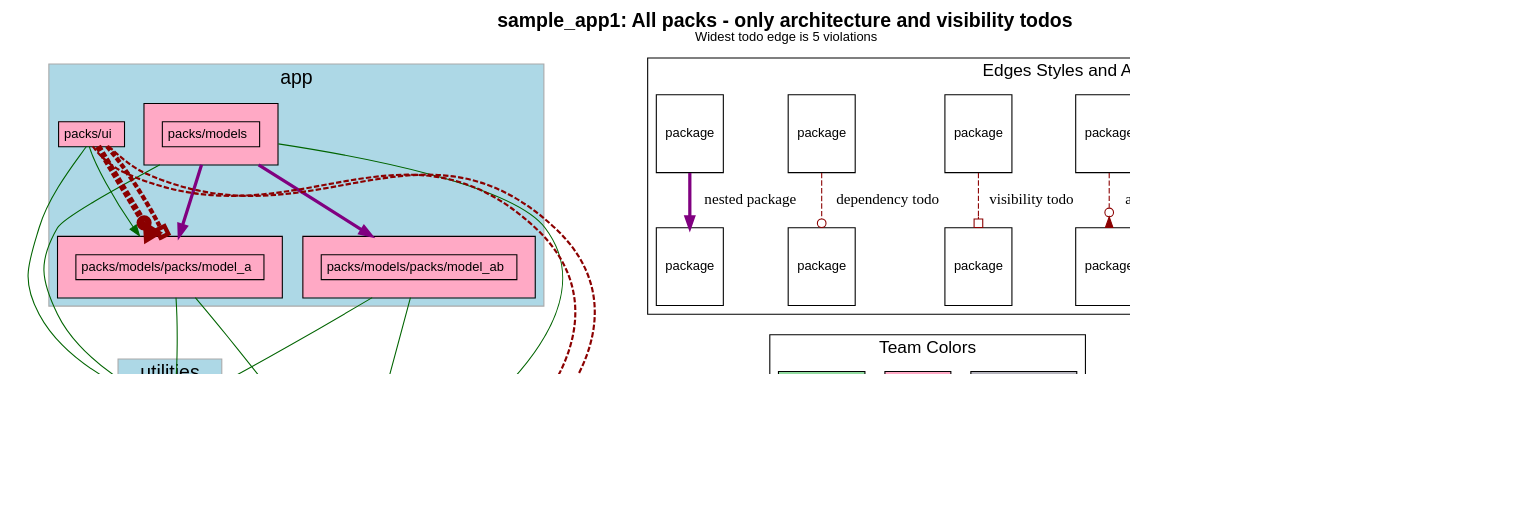
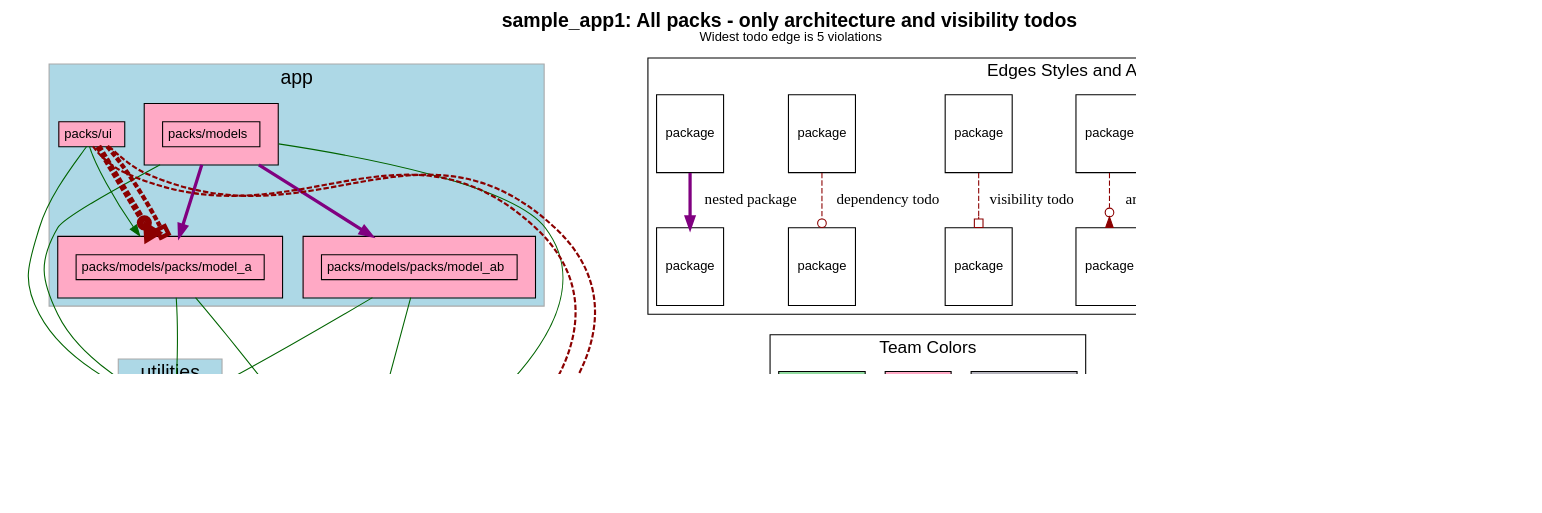
One commit to rubyatscale/visualize_packs changed the diagram in spec/sample_app1/test_output/only_todo_types.dot. Above: the diagram before and after it, drawn with Graphviz. The commit also changed 19 other files, not shown here.

```diff
--- a/spec/sample_app1/test_output/only_todo_types.dot
+++ b/spec/sample_app1/test_output/only_todo_types.dot
@@ -176,7 +176,7 @@
       K [ fontsize=12 shape=box label="package"]
       L [ fontsize=12 shape=box label="package"]
       A -> B [label="accepted dependency" color=darkgreen]
-      C -> D [label="privac todo" color=darkred style=dashed arrowhead=crow]
+      C -> D [label="privacy todo" color=darkred style=dashed arrowhead=crow]
       E -> F [label="architecture todo" color=darkred style=dashed arrowhead=invodot]
       G -> H [label="visibility todo" color=darkred style=dashed arrowhead=obox]
       I -> J [label="dependency todo" color=darkred style=dashed arrowhead=odot]
```
